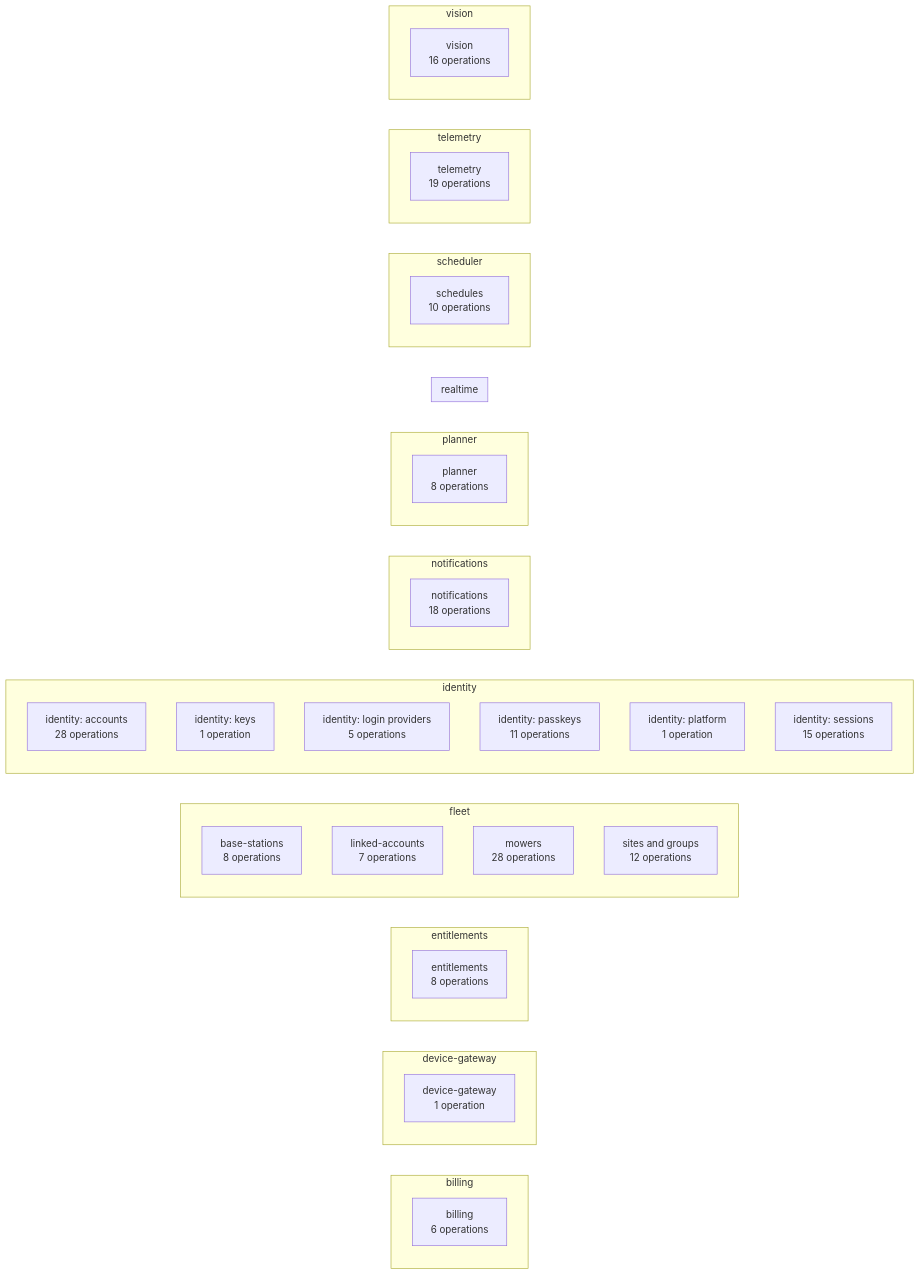
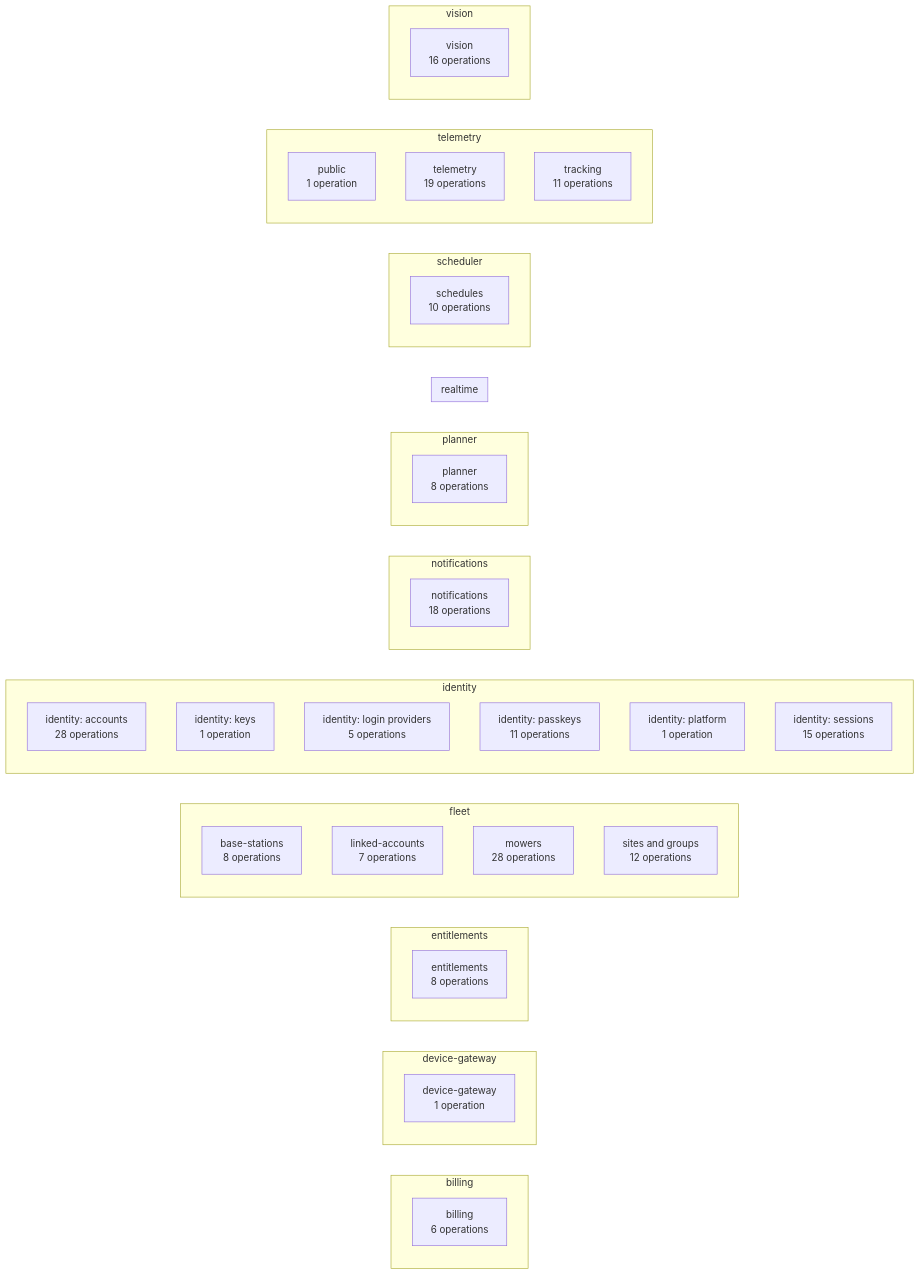
Diagram 14 of 15 in docs/architecture/generated.md (lukislp/mowdeck), drawn with Mermaid before and after one commit. The commit also changed other lines of this file and 91 other files, not shown here.

````diff
--- a/docs/architecture/generated.md
+++ b/docs/architecture/generated.md
@@ -424,54 +430,56 @@
 ```mermaid
 flowchart LR
   subgraph billing["billing"]
     direction TB
     billing_billing["billing<br/>6 operations"]
   end
   subgraph device_gateway["device-gateway"]
     direction TB
     device_gateway_device_gateway["device-gateway<br/>1 operation"]
   end
   subgraph entitlements["entitlements"]
     direction TB
     entitlements_entitlements["entitlements<br/>8 operations"]
   end
   subgraph fleet["fleet"]
     direction TB
     fleet_base_stations["base-stations<br/>8 operations"]
     fleet_linked_accounts["linked-accounts<br/>7 operations"]
     fleet_mowers["mowers<br/>28 operations"]
     fleet_sites_and_groups["sites and groups<br/>12 operations"]
   end
   subgraph identity["identity"]
     direction TB
     identity_identity__accounts["identity: accounts<br/>28 operations"]
     identity_identity__keys["identity: keys<br/>1 operation"]
     identity_identity__login_providers["identity: login providers<br/>5 operations"]
     identity_identity__passkeys["identity: passkeys<br/>11 operations"]
     identity_identity__platform["identity: platform<br/>1 operation"]
     identity_identity__sessions["identity: sessions<br/>15 operations"]
   end
   subgraph notifications["notifications"]
     direction TB
     notifications_notifications["notifications<br/>18 operations"]
   end
   subgraph planner["planner"]
     direction TB
     planner_planner["planner<br/>8 operations"]
   end
   subgraph realtime["realtime"]
     direction TB
   end
   subgraph scheduler["scheduler"]
     direction TB
     scheduler_schedules["schedules<br/>10 operations"]
   end
   subgraph telemetry["telemetry"]
     direction TB
+    telemetry_public["public<br/>1 operation"]
     telemetry_telemetry["telemetry<br/>19 operations"]
+    telemetry_tracking["tracking<br/>11 operations"]
   end
   subgraph vision["vision"]
     direction TB
     vision_vision["vision<br/>16 operations"]
   end
 ```
````
